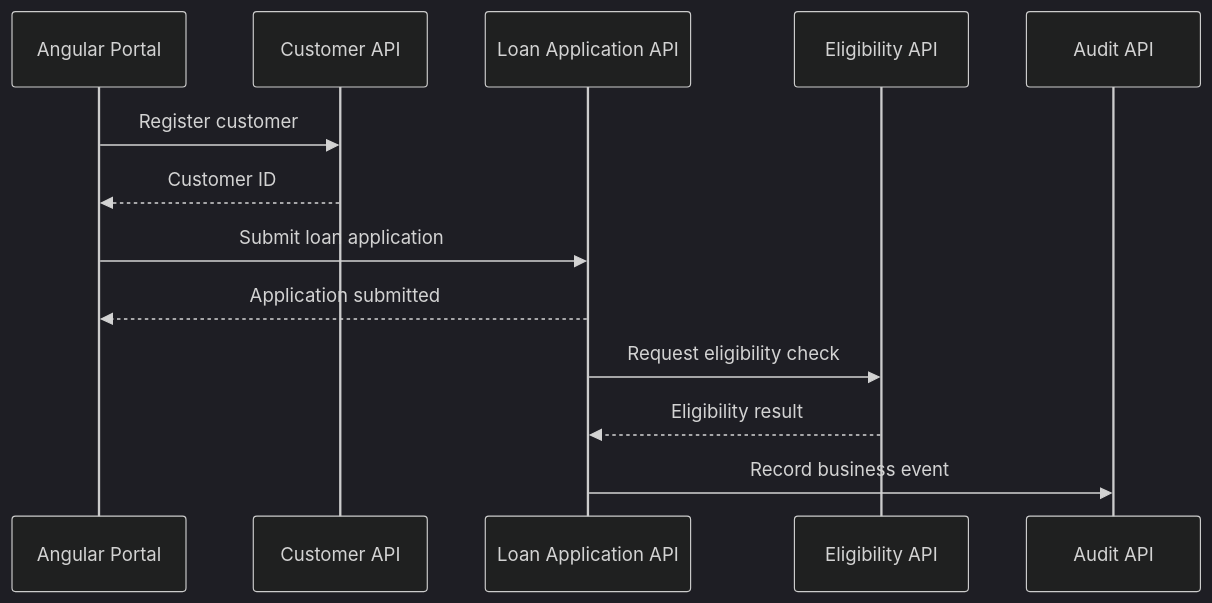
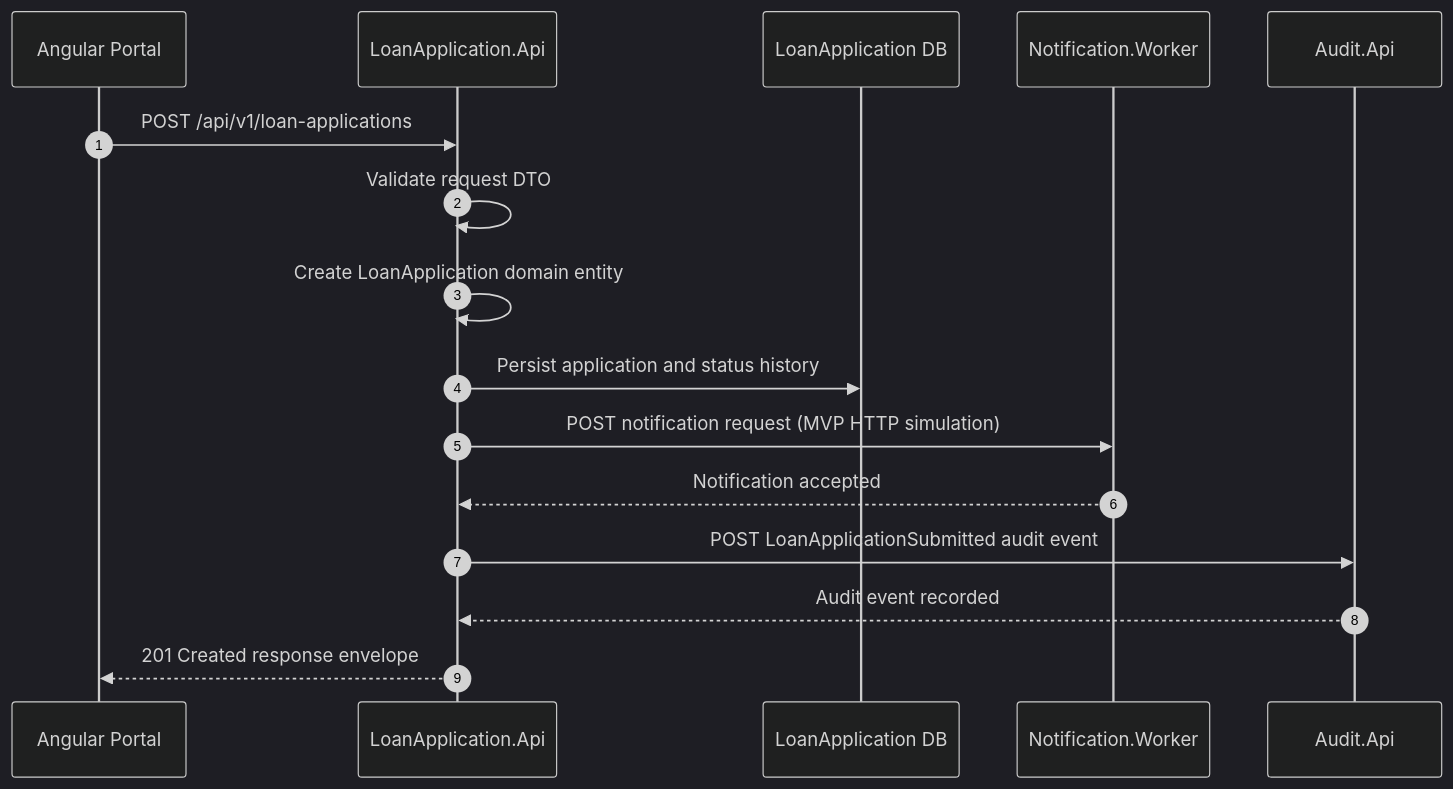
Before and after one commit to majikoushik/enterprise-loan-origination-platform: the diagram in architecture/diagrams/loan-application-sequence.md, drawn with Mermaid (dark theme). The commit also changed other lines of this file and 42 other files, not shown here.

````diff
--- a/architecture/diagrams/loan-application-sequence.md
+++ b/architecture/diagrams/loan-application-sequence.md
@@ -3,16 +3,19 @@
 ```mermaid
 sequenceDiagram
+  autonumber
   participant Portal as Angular Portal
-  participant Customer as Customer API
-  participant Loan as Loan Application API
-  participant Eligibility as Eligibility API
-  participant Audit as Audit API
+  participant Loan as LoanApplication.Api
+  participant Db as LoanApplication DB
+  participant Notify as Notification.Worker
+  participant Audit as Audit.Api
 
-  Portal->>Customer: Register customer
-  Customer-->>Portal: Customer ID
-  Portal->>Loan: Submit loan application
-  Loan-->>Portal: Application submitted
-  Loan->>Eligibility: Request eligibility check
-  Eligibility-->>Loan: Eligibility result
-  Loan->>Audit: Record business event
+  Portal->>Loan: POST /api/v1/loan-applications
+  Loan->>Loan: Validate request DTO
+  Loan->>Loan: Create LoanApplication domain entity
+  Loan->>Db: Persist application and status history
+  Loan->>Notify: POST notification request (MVP HTTP simulation)
+  Notify-->>Loan: Notification accepted
+  Loan->>Audit: POST LoanApplicationSubmitted audit event
+  Audit-->>Loan: Audit event recorded
+  Loan-->>Portal: 201 Created response envelope
 ```
````
